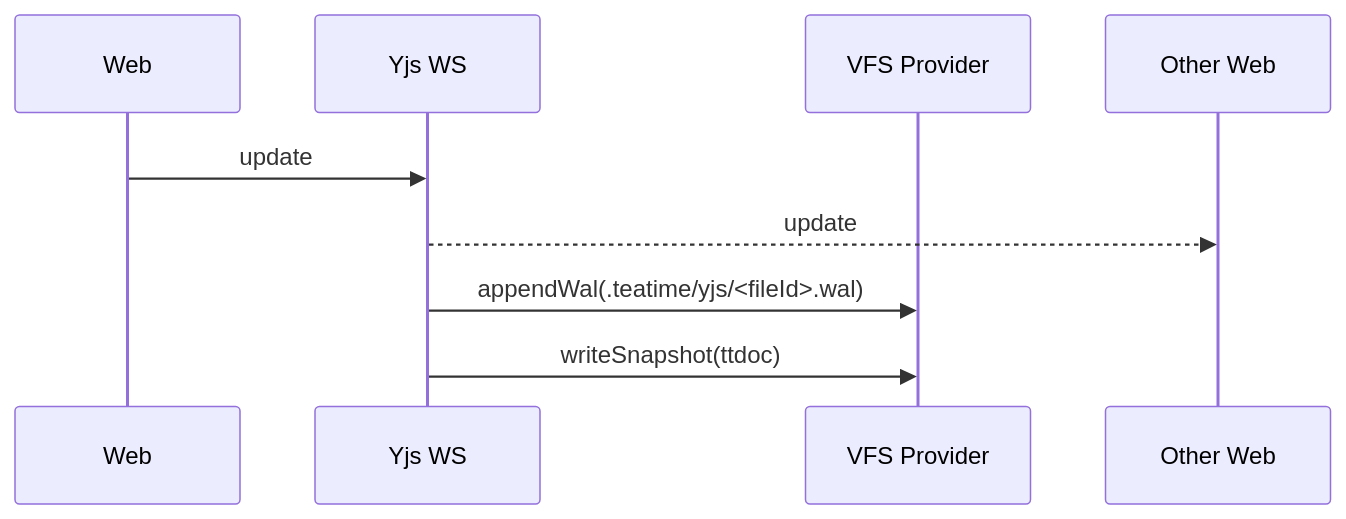
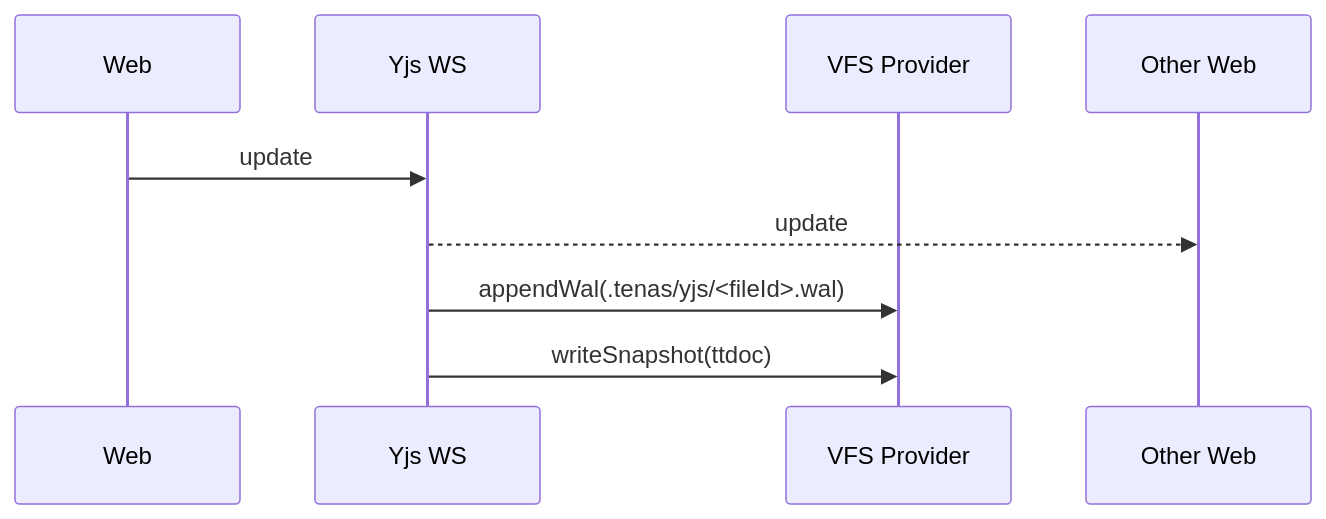
The fifth of 5 diagrams in docs/vfs-yjs-solution.md (OpenLoaf/OpenLoaf), drawn with Mermaid before and after one commit. The commit also changed other lines of this file and 235 other files, not shown here.

First line of the commit message:
rename: teatime → tenas

````diff
--- a/docs/vfs-yjs-solution.md
+++ b/docs/vfs-yjs-solution.md
@@ -324,11 +324,11 @@
 ```mermaid
 sequenceDiagram
   participant Web
   participant WS as Yjs WS
   participant Provider as VFS Provider
   participant Web2 as Other Web
   Web->>WS: update
   WS-->>Web2: update
-  WS->>Provider: appendWal(.teatime/yjs/<fileId>.wal)
+  WS->>Provider: appendWal(.tenas/yjs/<fileId>.wal)
   WS->>Provider: writeSnapshot(ttdoc)
 ```
````
